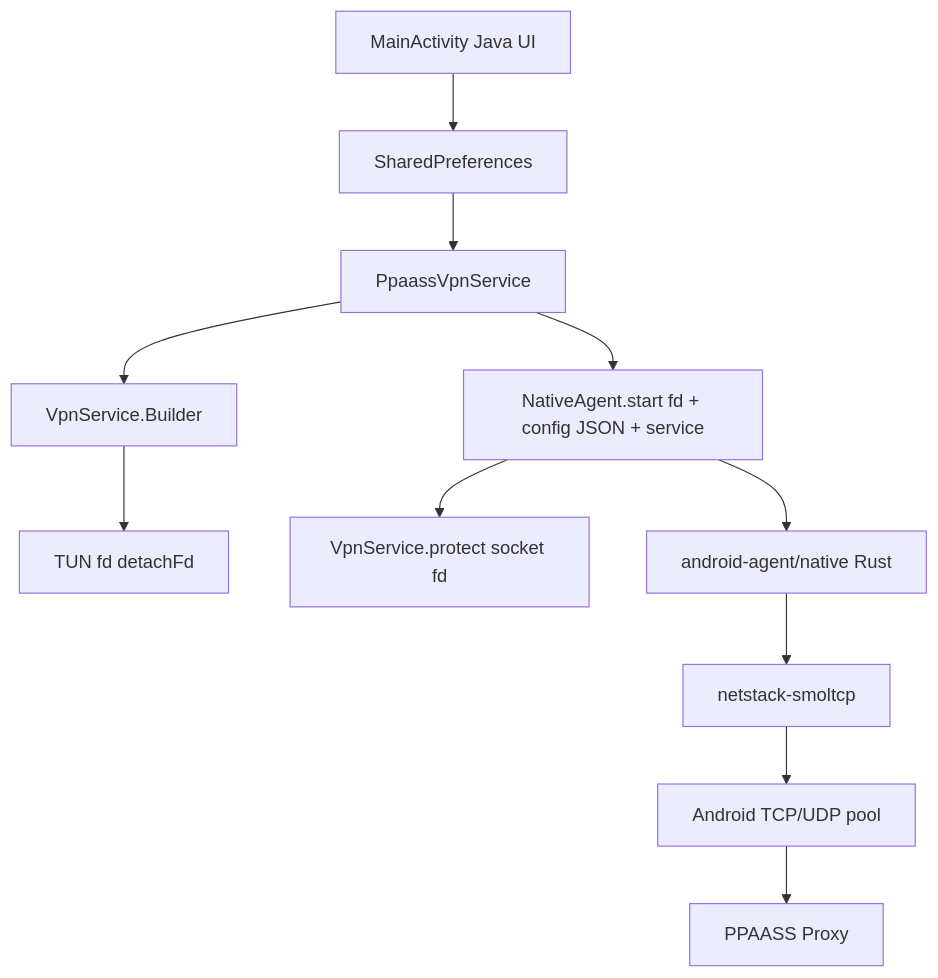
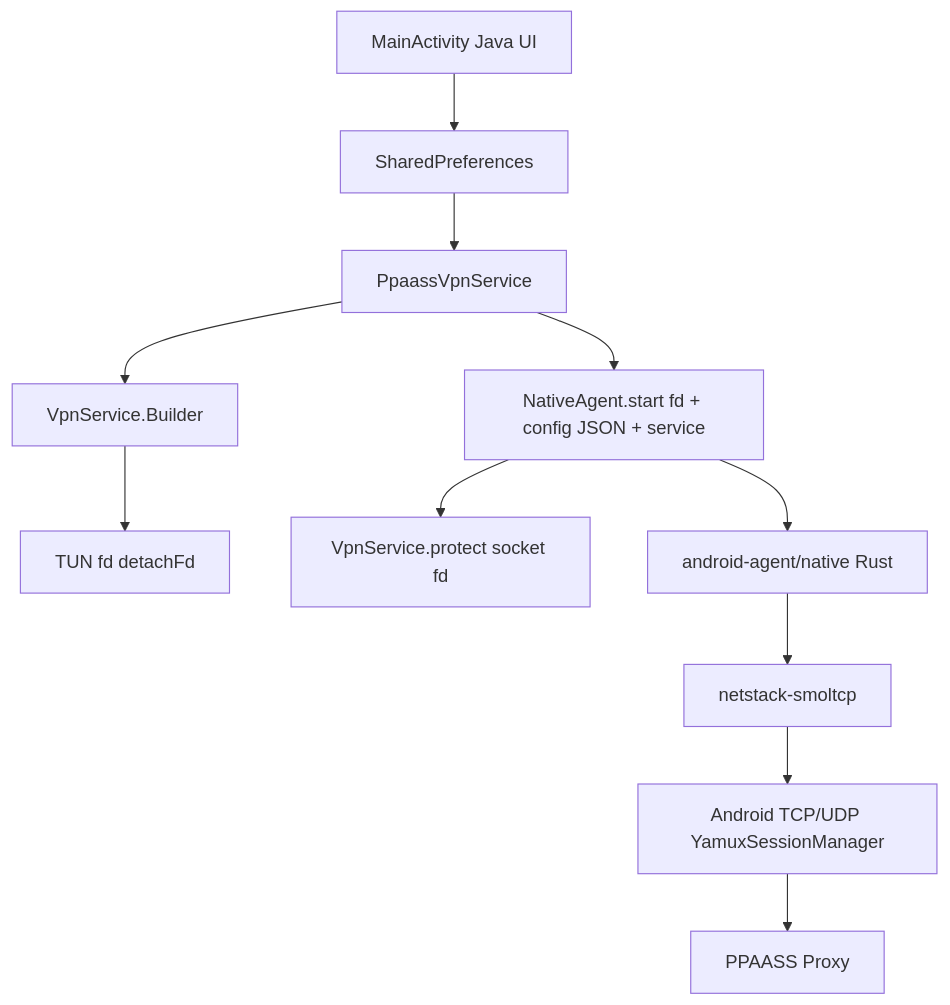
One commit to quhxuxm/ppaass-ai changed the diagram in docs/diagrams/14-android-agent.mmd. Above: the diagram before and after it, drawn with Mermaid. The commit also changed 42 other files, not shown here.

First line of the commit message:
Refactor connection management to use Yamux session manager for TCP and UDP

```diff
--- a/docs/diagrams/14-android-agent.mmd
+++ b/docs/diagrams/14-android-agent.mmd
@@ -1,11 +1,11 @@
 flowchart TD
     JavaUI["MainActivity Java UI"] --> Prefs["SharedPreferences"]
     Prefs --> Service["PpaassVpnService"]
     Service --> Builder["VpnService.Builder"]
     Builder --> Fd["TUN fd detachFd"]
     Service --> JNI["NativeAgent.start fd + config JSON + service"]
     JNI --> Protector["VpnService.protect socket fd"]
     JNI --> Rust["android-agent/native Rust"]
     Rust --> Netstack["netstack-smoltcp"]
-    Netstack --> Pool["Android TCP/UDP pool"]
-    Pool --> Proxy["PPAASS Proxy"]
+    Netstack --> Sessions["Android TCP/UDP YamuxSessionManager"]
+    Sessions --> Proxy["PPAASS Proxy"]
```
